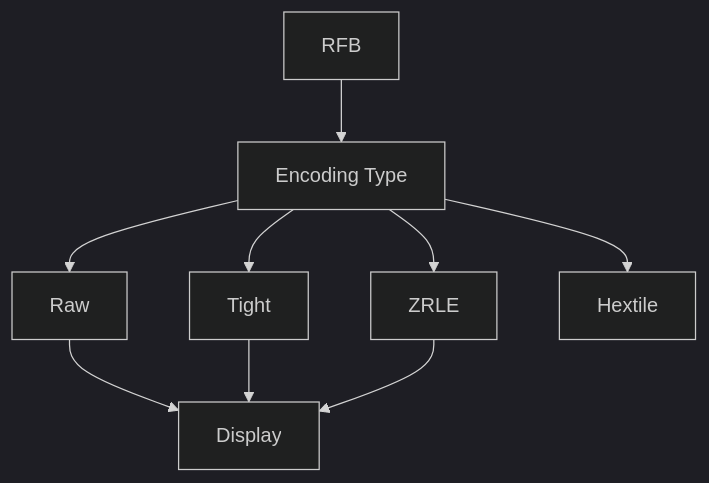
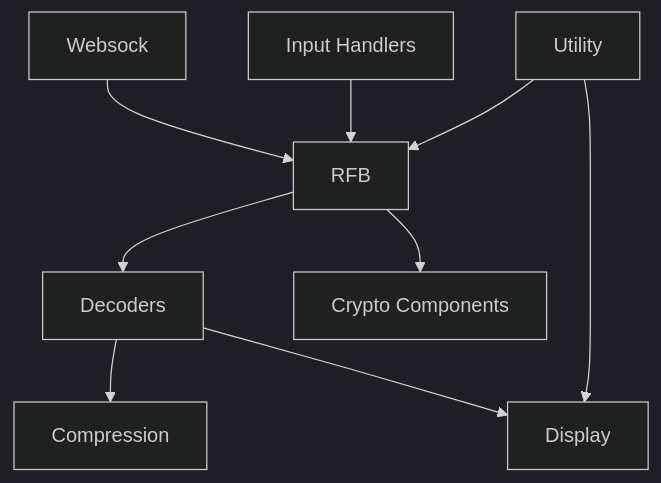
Before and after one commit to Ylianst/MeshCentral: the second of 7 diagrams in docs/reference/architecture/README.md, drawn with Mermaid (dark theme). The commit also changed other lines of this file and 642 other files, not shown here.

````diff
--- a/docs/reference/architecture/README.md
+++ b/docs/reference/architecture/README.md
@@ -206,11 +68,20 @@
 ```mermaid
 flowchart TD
-    RFB["RFB"] --> Encoding["Encoding Type"]
-    Encoding --> Raw["Raw"]
-    Encoding --> Tight["Tight"]
-    Encoding --> ZRLE["ZRLE"]
-    Encoding --> Hextile["Hextile"]
-    Raw --> Display
-    Tight --> Display
-    ZRLE --> Display
+    Websock["Websock"]
+    RFB["RFB"]
+    Decoders["Decoders"]
+    Compression["Compression"]
+    Crypto["Crypto Components"]
+    Display["Display"]
+    Input["Input Handlers"]
+    Utility["Utility"]
+
+    Websock --> RFB
+    RFB --> Decoders
+    Decoders --> Compression
+    RFB --> Crypto
+    Decoders --> Display
+    Input --> RFB
+    Utility --> RFB
+    Utility --> Display
 ```
````
